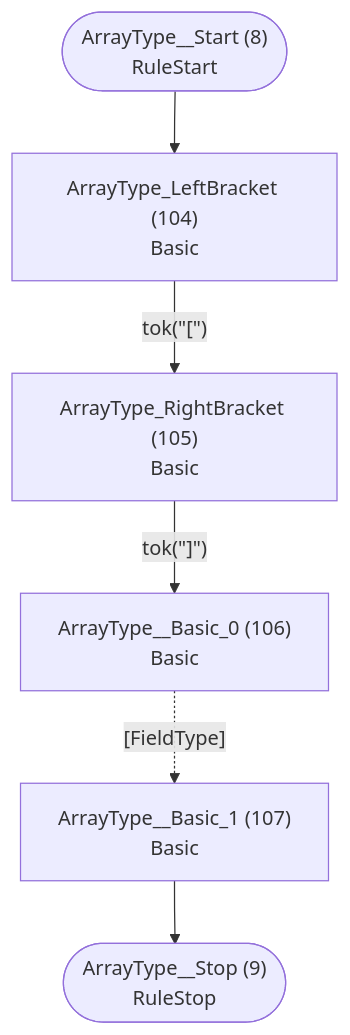
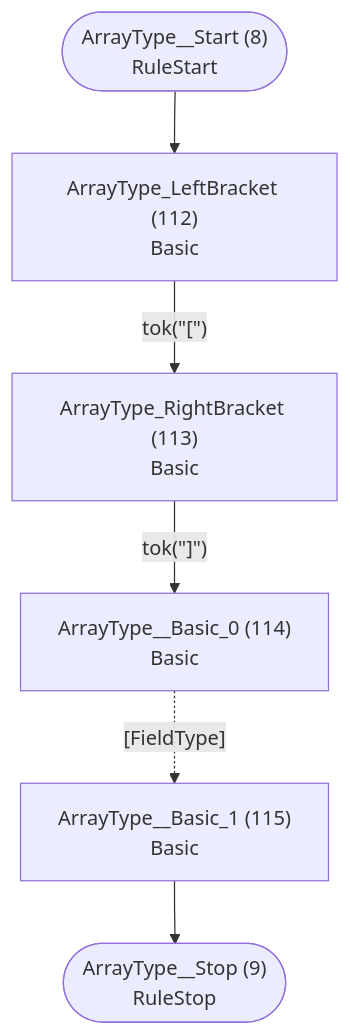
One commit to TypeFox/fastbelt changed the fifth of 29 diagrams in internal/grammar/atn.md. Above: the diagram before and after it, drawn with Mermaid. The commit also changed other lines of this file and 41 other files, not shown here.

````diff
--- a/internal/grammar/atn.md
+++ b/internal/grammar/atn.md
@@ -161,15 +166,15 @@
 ```mermaid
 flowchart TD
     q8(["ArrayType__Start (8)<br/>RuleStart"])
     q9(["ArrayType__Stop (9)<br/>RuleStop"])
-    q104["ArrayType_LeftBracket (104)<br/>Basic<br/>"]
-    q105["ArrayType_RightBracket (105)<br/>Basic<br/>"]
-    q106["ArrayType__Basic_0 (106)<br/>Basic<br/>"]
-    q107["ArrayType__Basic_1 (107)<br/>Basic<br/>"]
+    q112["ArrayType_LeftBracket (112)<br/>Basic<br/>"]
+    q113["ArrayType_RightBracket (113)<br/>Basic<br/>"]
+    q114["ArrayType__Basic_0 (114)<br/>Basic<br/>"]
+    q115["ArrayType__Basic_1 (115)<br/>Basic<br/>"]
 
-    q8 --> q104
-    q104 -->|"tok(&quot;[&quot;)"| q105
-    q105 -->|"tok(&quot;]&quot;)"| q106
-    q106 -.->|"[FieldType]"| q107
-    q107 --> q9
+    q8 --> q112
+    q112 -->|"tok(&quot;[&quot;)"| q113
+    q113 -->|"tok(&quot;]&quot;)"| q114
+    q114 -.->|"[FieldType]"| q115
+    q115 --> q9
 ```
````
